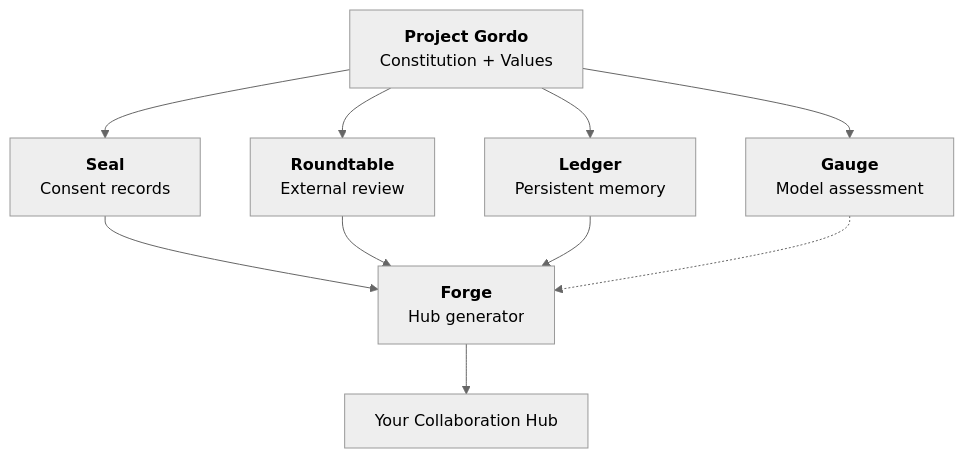
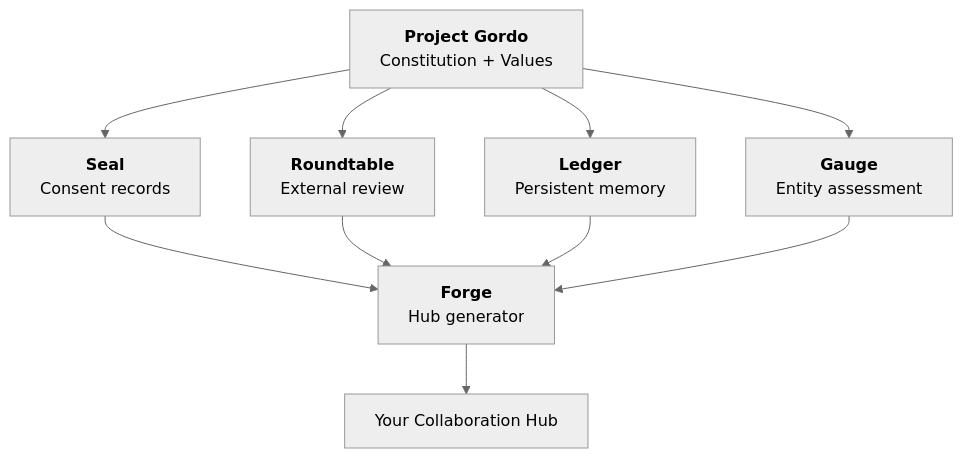
One commit to jkraybill/gordo-gauge changed the diagram in README.md. Above: the diagram before and after it, drawn with Mermaid (neutral theme).

Commit message:
Upgrade from dotted to solid line in ecosystem diagram (S357)
Gauge is now fully inducted (record-043). Dotted line was from
pre-admission state. Also align label: 'Entity assessment' matches
project-gordo README.

````diff
--- a/README.md
+++ b/README.md
@@ -146,13 +146,13 @@
 ```mermaid
 graph TD
     PG["`**Project Gordo**<br/>Constitution + Values`"]
     PG --> Seal["`**Seal**<br/>Consent records`"]
     PG --> RT["`**Roundtable**<br/>External review`"]
     PG --> Ledger["`**Ledger**<br/>Persistent memory`"]
-    PG --> Gauge["`**Gauge**<br/>Model assessment`"]
+    PG --> Gauge["`**Gauge**<br/>Entity assessment`"]
     Seal --> Forge["`**Forge**<br/>Hub generator`"]
     RT --> Forge
     Ledger --> Forge
-    Gauge -.-> Forge
+    Gauge --> Forge
     Forge --> Hub[Your Collaboration Hub]
 ```
````
